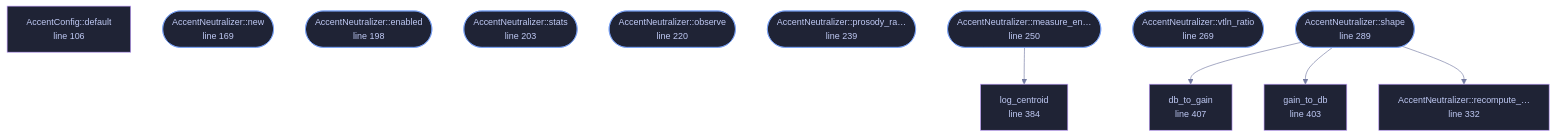
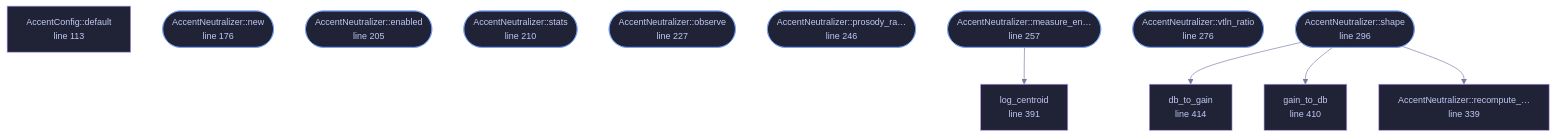
The diagram in docs/files/veilvoice-core/accent.md (tilas01/veilvoice), drawn with Mermaid before and after one commit. The commit also changed other lines of this file and 43 other files, not shown here.

````diff
--- a/docs/files/veilvoice-core/accent.md
+++ b/docs/files/veilvoice-core/accent.md
@@ -103,38 +103,38 @@
 ```mermaid
 %%{init: {"theme":"base","themeVariables":{"background":"#1a1b26","primaryColor":"#1f2335","primaryTextColor":"#c0caf5","primaryBorderColor":"#7aa2f7","secondaryColor":"#16161e","tertiaryColor":"#16161e","lineColor":"#737aa2","textColor":"#c0caf5","mainBkg":"#1f2335","nodeBorder":"#7aa2f7","clusterBkg":"#16161e","clusterBorder":"#2f3549","fontFamily":"ui-monospace, SFMono-Regular, Consolas, monospace","fontSize":"14px"}}}%%
 flowchart TD
-    n_default["AccentConfig::default<br/>line 106"]
-    n_new(["AccentNeutralizer::new<br/>line 169"])
-    n_enabled(["AccentNeutralizer::enabled<br/>line 198"])
-    n_stats(["AccentNeutralizer::stats<br/>line 203"])
-    n_observe(["AccentNeutralizer::observe<br/>line 220"])
-    n_prosody_ratio(["AccentNeutralizer::prosody_ra…<br/>line 239"])
-    n_measure_envelope(["AccentNeutralizer::measure_en…<br/>line 250"])
-    n_vtln_ratio(["AccentNeutralizer::vtln_ratio<br/>line 269"])
-    n_shape(["AccentNeutralizer::shape<br/>line 289"])
-    n_recompute_shape["AccentNeutralizer::recompute_…<br/>line 332"]
-    n_log_centroid["log_centroid<br/>line 384"]
-    n_gain_to_db["gain_to_db<br/>line 403"]
-    n_db_to_gain["db_to_gain<br/>line 407"]
+    n_default["AccentConfig::default<br/>line 113"]
+    n_new(["AccentNeutralizer::new<br/>line 176"])
+    n_enabled(["AccentNeutralizer::enabled<br/>line 205"])
+    n_stats(["AccentNeutralizer::stats<br/>line 210"])
+    n_observe(["AccentNeutralizer::observe<br/>line 227"])
+    n_prosody_ratio(["AccentNeutralizer::prosody_ra…<br/>line 246"])
+    n_measure_envelope(["AccentNeutralizer::measure_en…<br/>line 257"])
+    n_vtln_ratio(["AccentNeutralizer::vtln_ratio<br/>line 276"])
+    n_shape(["AccentNeutralizer::shape<br/>line 296"])
+    n_recompute_shape["AccentNeutralizer::recompute_…<br/>line 339"]
+    n_log_centroid["log_centroid<br/>line 391"]
+    n_gain_to_db["gain_to_db<br/>line 410"]
+    n_db_to_gain["db_to_gain<br/>line 414"]
     n_measure_envelope --> n_log_centroid
     n_shape --> n_db_to_gain
     n_shape --> n_gain_to_db
     n_shape --> n_recompute_shape
-    click n_default href "https://github.com/tilas01/veilvoice/blob/main/crates/veilvoice-core/src/accent.rs#L106" "open the source"
-    click n_new href "https://github.com/tilas01/veilvoice/blob/main/crates/veilvoice-core/src/accent.rs#L169" "open the source"
-    click n_enabled href "https://github.com/tilas01/veilvoice/blob/main/crates/veilvoice-core/src/accent.rs#L198" "open the source"
-    click n_stats href "https://github.com/tilas01/veilvoice/blob/main/crates/veilvoice-core/src/accent.rs#L203" "open the source"
-    click n_observe href "https://github.com/tilas01/veilvoice/blob/main/crates/veilvoice-core/src/accent.rs#L220" "open the source"
-    click n_prosody_ratio href "https://github.com/tilas01/veilvoice/blob/main/crates/veilvoice-core/src/accent.rs#L239" "open the source"
-    click n_measure_envelope href "https://github.com/tilas01/veilvoice/blob/main/crates/veilvoice-core/src/accent.rs#L250" "open the source"
-    click n_vtln_ratio href "https://github.com/tilas01/veilvoice/blob/main/crates/veilvoice-core/src/accent.rs#L269" "open the source"
-    click n_shape href "https://github.com/tilas01/veilvoice/blob/main/crates/veilvoice-core/src/accent.rs#L289" "open the source"
-    click n_recompute_shape href "https://github.com/tilas01/veilvoice/blob/main/crates/veilvoice-core/src/accent.rs#L332" "open the source"
-    click n_log_centroid href "https://github.com/tilas01/veilvoice/blob/main/crates/veilvoice-core/src/accent.rs#L384" "open the source"
-    click n_gain_to_db href "https://github.com/tilas01/veilvoice/blob/main/crates/veilvoice-core/src/accent.rs#L403" "open the source"
-    click n_db_to_gain href "https://github.com/tilas01/veilvoice/blob/main/crates/veilvoice-core/src/accent.rs#L407" "open the source"
+    click n_default href "https://github.com/tilas01/veilvoice/blob/main/crates/veilvoice-core/src/accent.rs#L113" "open the source"
+    click n_new href "https://github.com/tilas01/veilvoice/blob/main/crates/veilvoice-core/src/accent.rs#L176" "open the source"
+    click n_enabled href "https://github.com/tilas01/veilvoice/blob/main/crates/veilvoice-core/src/accent.rs#L205" "open the source"
+    click n_stats href "https://github.com/tilas01/veilvoice/blob/main/crates/veilvoice-core/src/accent.rs#L210" "open the source"
+    click n_observe href "https://github.com/tilas01/veilvoice/blob/main/crates/veilvoice-core/src/accent.rs#L227" "open the source"
+    click n_prosody_ratio href "https://github.com/tilas01/veilvoice/blob/main/crates/veilvoice-core/src/accent.rs#L246" "open the source"
+    click n_measure_envelope href "https://github.com/tilas01/veilvoice/blob/main/crates/veilvoice-core/src/accent.rs#L257" "open the source"
+    click n_vtln_ratio href "https://github.com/tilas01/veilvoice/blob/main/crates/veilvoice-core/src/accent.rs#L276" "open the source"
+    click n_shape href "https://github.com/tilas01/veilvoice/blob/main/crates/veilvoice-core/src/accent.rs#L296" "open the source"
+    click n_recompute_shape href "https://github.com/tilas01/veilvoice/blob/main/crates/veilvoice-core/src/accent.rs#L339" "open the source"
+    click n_log_centroid href "https://github.com/tilas01/veilvoice/blob/main/crates/veilvoice-core/src/accent.rs#L391" "open the source"
+    click n_gain_to_db href "https://github.com/tilas01/veilvoice/blob/main/crates/veilvoice-core/src/accent.rs#L410" "open the source"
+    click n_db_to_gain href "https://github.com/tilas01/veilvoice/blob/main/crates/veilvoice-core/src/accent.rs#L414" "open the source"
     classDef entry fill:#1f2335,stroke:#7aa2f7,color:#c0caf5
     class n_new,n_enabled,n_stats,n_observe,n_prosody_ratio,n_measure_envelope,n_vtln_ratio,n_shape entry
     classDef helper fill:#1f2335,stroke:#bb9af7,color:#c0caf5
     class n_default,n_recompute_shape,n_log_centroid,n_gain_to_db,n_db_to_gain helper
 ```
````
